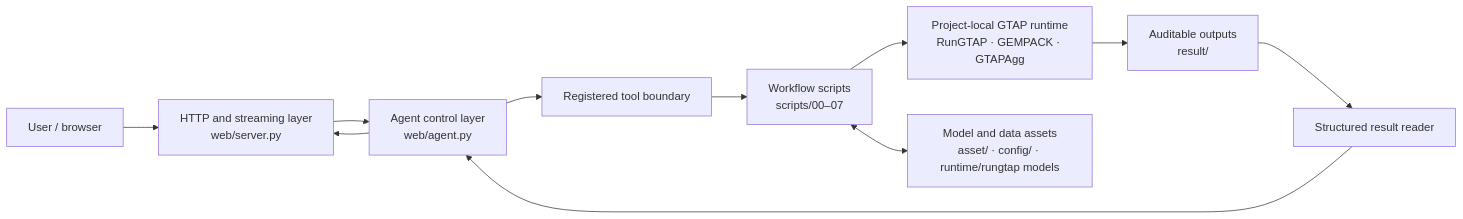
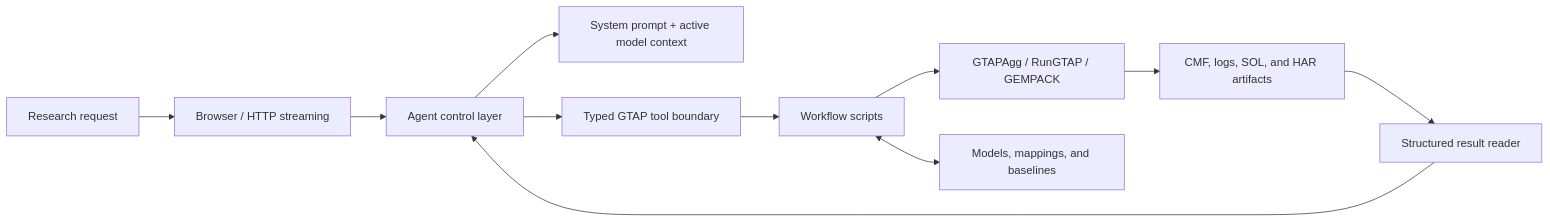
The diagram in README.md (chengxdadp/GTAP_Agent), drawn with Mermaid before and after one commit. The commit also changed other lines of this file and 85 other files, not shown here.

````diff
--- a/README.md
+++ b/README.md
@@ -9,13 +31,13 @@
 ```mermaid
 flowchart LR
-    U["User / browser"] --> H["HTTP and streaming layer<br/>web/server.py"]
-    H --> A["Agent control layer<br/>web/agent.py"]
-    A --> T["Registered tool boundary"]
-    T --> W["Workflow scripts<br/>scripts/00–07"]
-    W --> R["Project-local GTAP runtime<br/>RunGTAP · GEMPACK · GTAPAgg"]
-    W <--> D["Model and data assets<br/>asset/ · config/ · runtime/rungtap models"]
-    R --> O["Auditable outputs<br/>result/"]
-    O --> Q["Structured result reader"]
-    Q --> A
-    A --> H
+    U["Research request"] --> UI["Browser / HTTP streaming"]
+    UI --> A["Agent control layer"]
+    A --> P["System prompt + active model context"]
+    A --> T["Typed GTAP tool boundary"]
+    T --> S["Workflow scripts"]
+    S --> M["GTAPAgg / RunGTAP / GEMPACK"]
+    S <--> D["Models, mappings, and baselines"]
+    M --> O["CMF, logs, SOL, and HAR artifacts"]
+    O --> R["Structured result reader"]
+    R --> A
 ```
````
